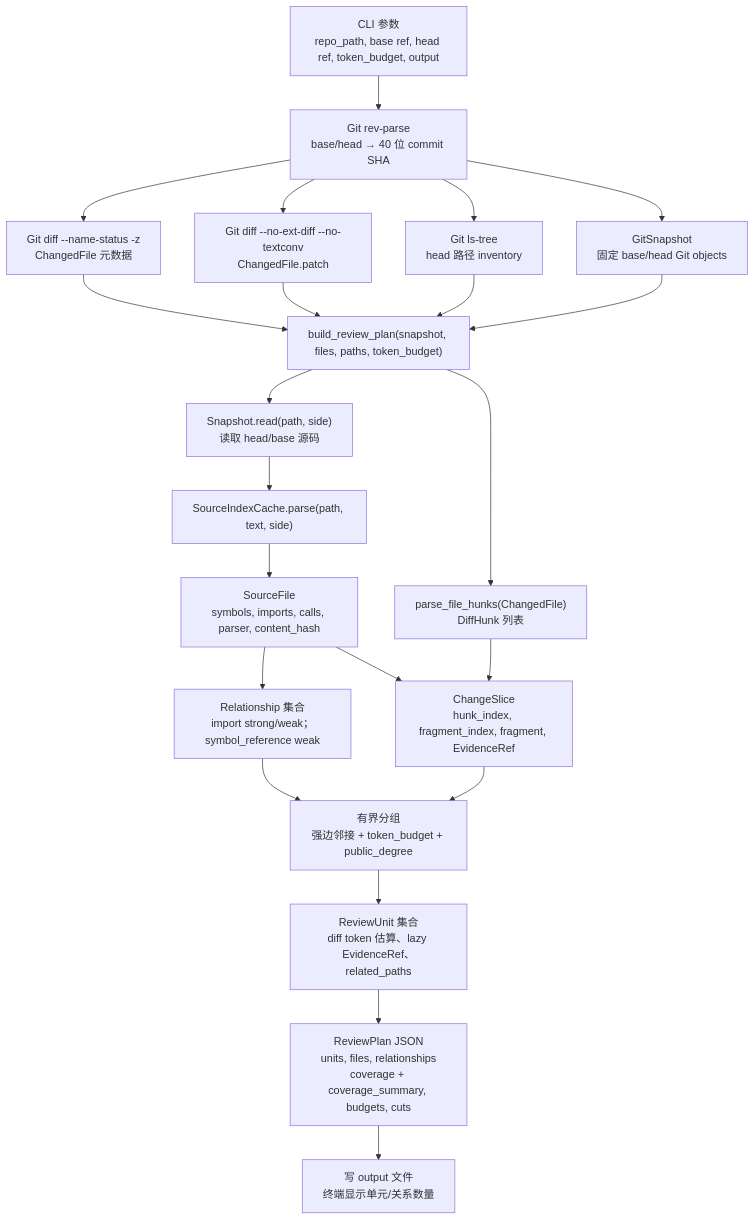
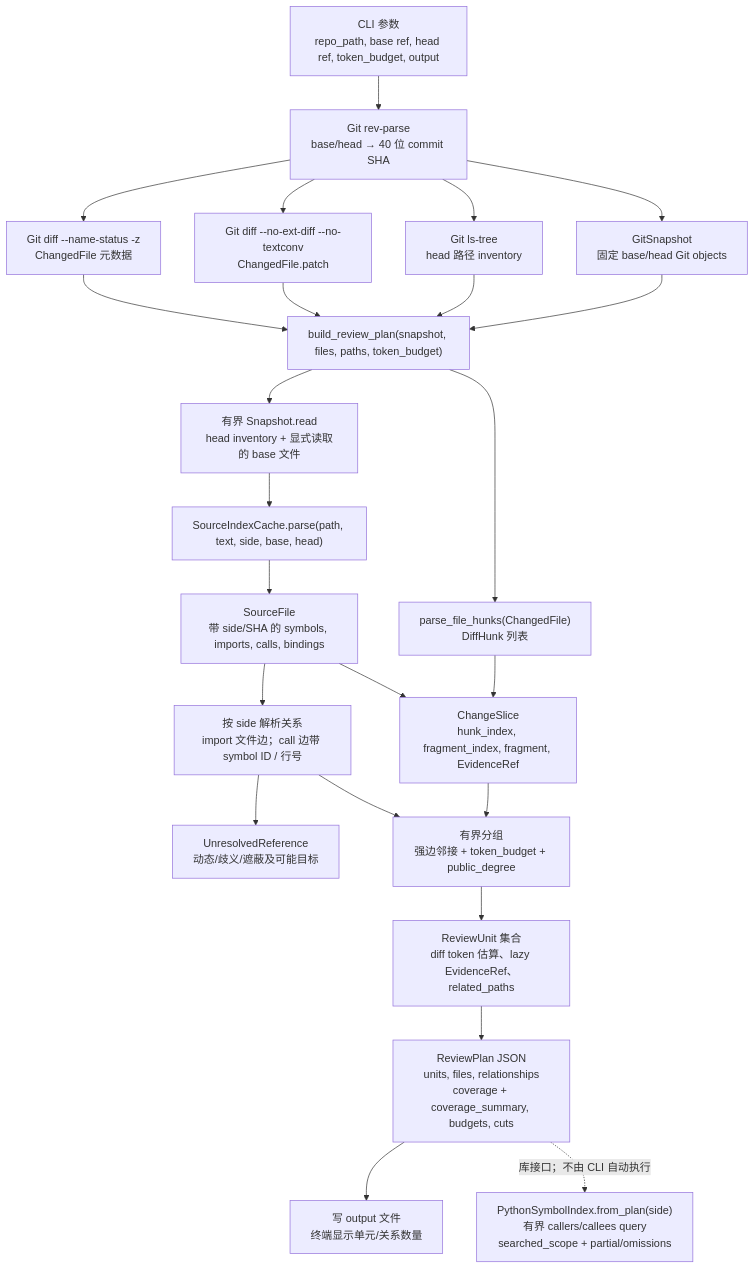
The first of 2 diagrams in docs/graph-planning-dataflow.md (HelicasECoode42/ai-pr-review), drawn with Mermaid before and after one commit. The commit also changed other lines of this file and 195 other files, not shown here.

````diff
--- a/docs/graph-planning-dataflow.md
+++ b/docs/graph-planning-dataflow.md
@@ -7,35 +7,39 @@
 ```mermaid
 flowchart TD
     A["CLI 参数<br/>repo_path, base ref, head ref, token_budget, output"]
     B["Git rev-parse<br/>base/head → 40 位 commit SHA"]
     C["Git diff --name-status -z<br/>ChangedFile 元数据"]
     D["Git diff --no-ext-diff --no-textconv<br/>ChangedFile.patch"]
     E["Git ls-tree<br/>head 路径 inventory"]
     F["GitSnapshot<br/>固定 base/head Git objects"]
     G["build_review_plan(snapshot, files, paths, token_budget)"]
-    H["Snapshot.read(path, side)<br/>读取 head/base 源码"]
-    I["SourceIndexCache.parse(path, text, side)"]
-    J["SourceFile<br/>symbols, imports, calls, parser, content_hash"]
-    K["Relationship 集合<br/>import strong/weak；symbol_reference weak"]
+    H["有界 Snapshot.read<br/>head inventory + 显式读取的 base 文件"]
+    I["SourceIndexCache.parse(path, text, side, base, head)"]
+    J["SourceFile<br/>带 side/SHA 的 symbols, imports, calls, bindings"]
+    K["按 side 解析关系<br/>import 文件边；call 边带 symbol ID / 行号"]
+    U["UnresolvedReference<br/>动态/歧义/遮蔽及可能目标"]
     L["parse_file_hunks(ChangedFile)<br/>DiffHunk 列表"]
     M["ChangeSlice<br/>hunk_index, fragment_index, fragment, EvidenceRef"]
     N["有界分组<br/>强边邻接 + token_budget + public_degree"]
     O["ReviewUnit 集合<br/>diff token 估算、lazy EvidenceRef、related_paths"]
     P["ReviewPlan JSON<br/>units, files, relationships<br/>coverage + coverage_summary, budgets, cuts"]
     Q["写 output 文件<br/>终端显示单元/关系数量"]
+    R["PythonSymbolIndex.from_plan(side)<br/>有界 callers/callees query<br/>searched_scope + partial/omissions"]
 
     A --> B
     B --> C
     B --> D
     B --> E
     B --> F
     C --> G
     D --> G
     E --> G
     F --> G
     G --> H --> I --> J --> K
+    K --> U
     G --> L --> M
     J --> M
     K --> N
     M --> N --> O --> P --> Q
+    P -. "库接口；不由 CLI 自动执行" .-> R
 ```
````
